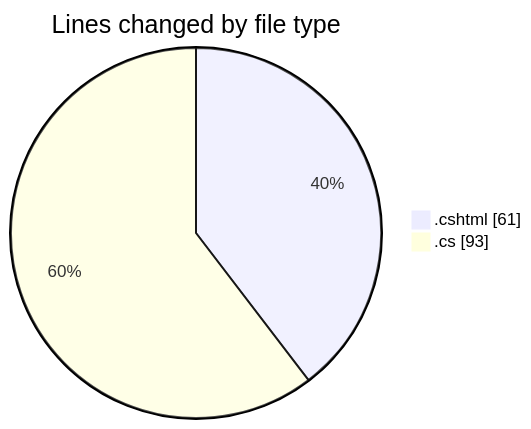
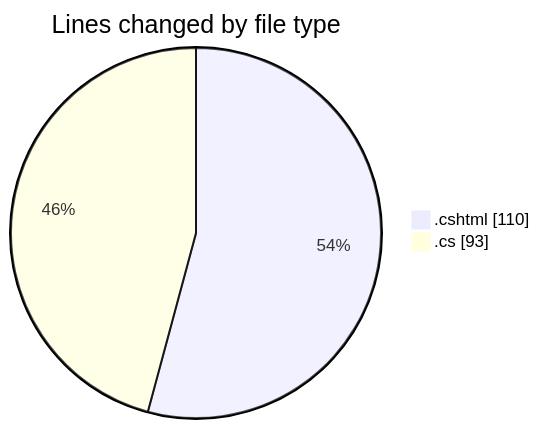
The first of 2 diagrams in 2025-07-17/nhahang/README.md (lephambinh05/code-tracking), drawn with Mermaid before and after one commit. The commit also changed other lines of this file and 1 other file, not shown here.

````diff
--- a/2025-07-17/nhahang/README.md
+++ b/2025-07-17/nhahang/README.md
@@ -22,6 +23,6 @@
 ```mermaid
 pie showData
 title Lines changed by file type
-".cshtml" : 61
+".cshtml" : 110
 ".cs" : 93
 ```
````
